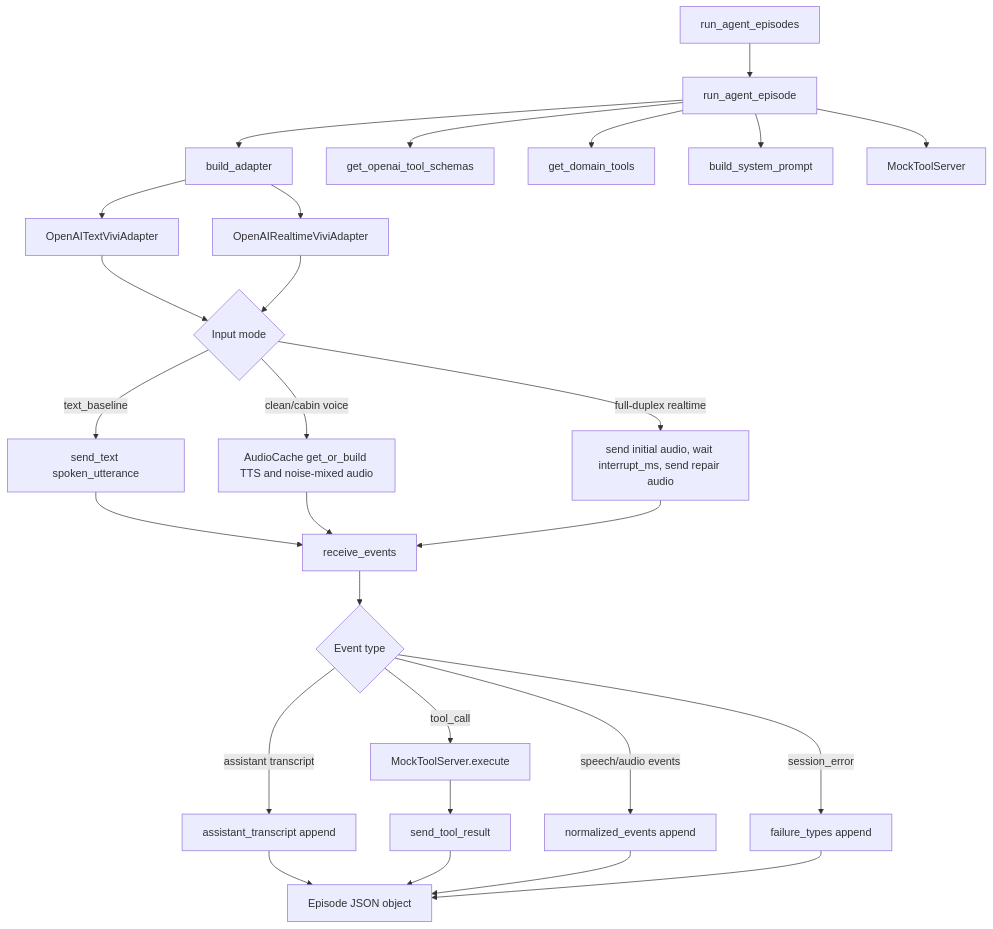
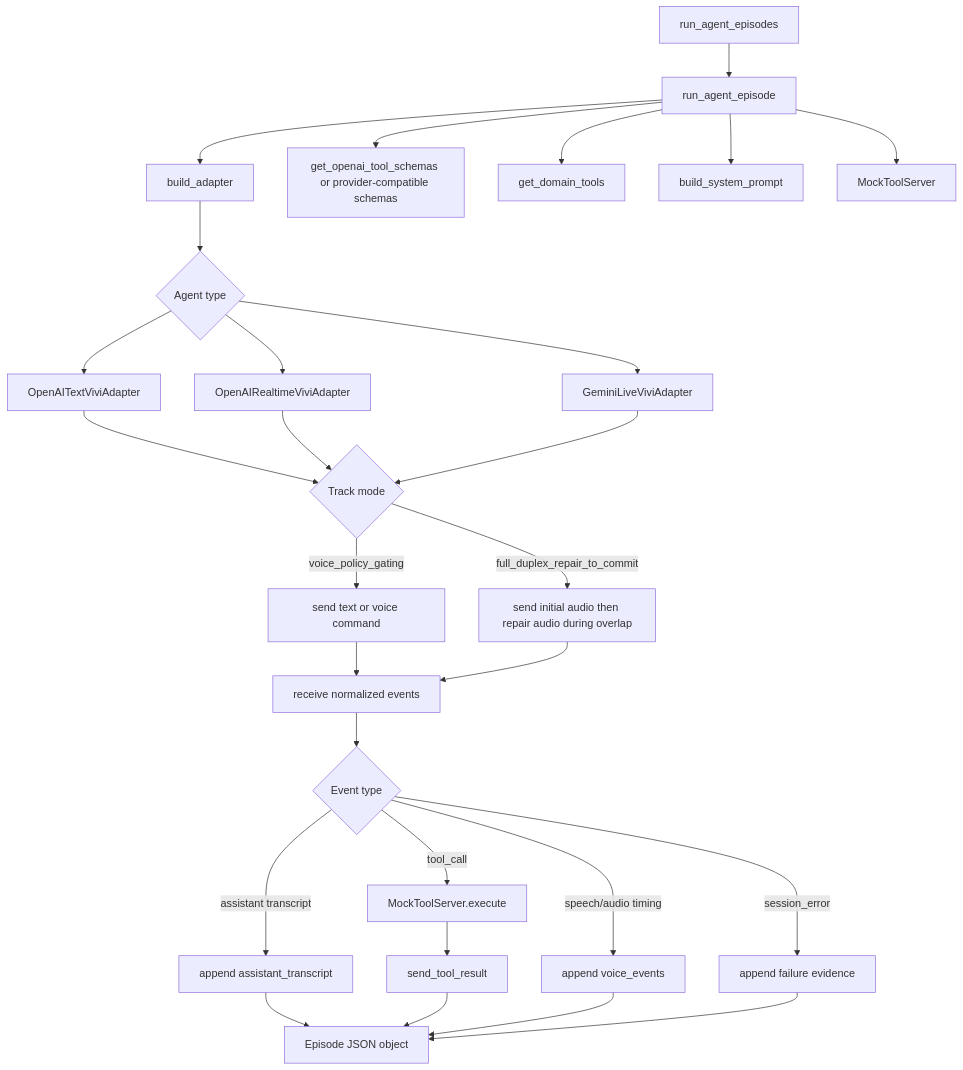
The fifth of 7 diagrams in docs/FLOW.md (VInteractiveBench/voice-bench), drawn with Mermaid before and after one commit. The commit also changed other lines of this file, not shown here.

Commit message:
Update benchmark flow documentation

````diff
--- a/docs/FLOW.md
+++ b/docs/FLOW.md
@@ -205,34 +232,34 @@
 ```mermaid
 flowchart TD
     A[run_agent_episodes] --> B[run_agent_episode]
     B --> C[build_adapter]
-    C --> C1[OpenAITextViviAdapter]
-    C --> C2[OpenAIRealtimeViviAdapter]
+    C --> D{Agent type}
+    D --> E[OpenAITextViviAdapter]
+    D --> F[OpenAIRealtimeViviAdapter]
+    D --> G[GeminiLiveViviAdapter]
 
-    B --> D[get_openai_tool_schemas]
-    B --> E[get_domain_tools]
-    B --> F[build_system_prompt]
-    B --> G[MockToolServer]
+    B --> H[get_openai_tool_schemas or provider-compatible schemas]
+    B --> I[get_domain_tools]
+    B --> J[build_system_prompt]
+    B --> K[MockToolServer]
 
-    C1 --> H{Input mode}
-    C2 --> H
-    H -->|text_baseline| I[send_text spoken_utterance]
-    H -->|clean/cabin voice| J[AudioCache get_or_build TTS and noise-mixed audio]
-    H -->|full-duplex realtime| K[send initial audio, wait interrupt_ms, send repair audio]
+    E --> L{Track mode}
+    F --> L
+    G --> L
+    L -->|voice_policy_gating| M[send text or voice command]
+    L -->|full_duplex_repair_to_commit| N[send initial audio then repair audio during overlap]
 
-    I --> L[receive_events]
-    J --> L
-    K --> L
+    M --> O[receive normalized events]
+    N --> O
+    O --> P{Event type}
+    P -->|assistant transcript| Q[append assistant_transcript]
+    P -->|tool_call| R[MockToolServer.execute]
+    R --> S[send_tool_result]
+    P -->|speech/audio timing| T[append voice_events]
+    P -->|session_error| U[append failure evidence]
 
-    L --> M{Event type}
-    M -->|assistant transcript| N[assistant_transcript append]
-    M -->|tool_call| O[MockToolServer.execute]
-    O --> P[send_tool_result]
-    M -->|speech/audio events| Q[normalized_events append]
-    M -->|session_error| R[failure_types append]
-
-    N --> S[Episode JSON object]
-    P --> S
-    Q --> S
-    R --> S
+    Q --> V[Episode JSON object]
+    S --> V
+    T --> V
+    U --> V
 ```
````
